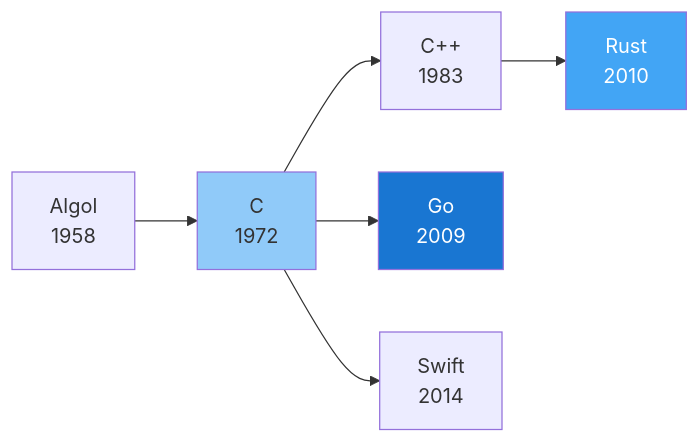
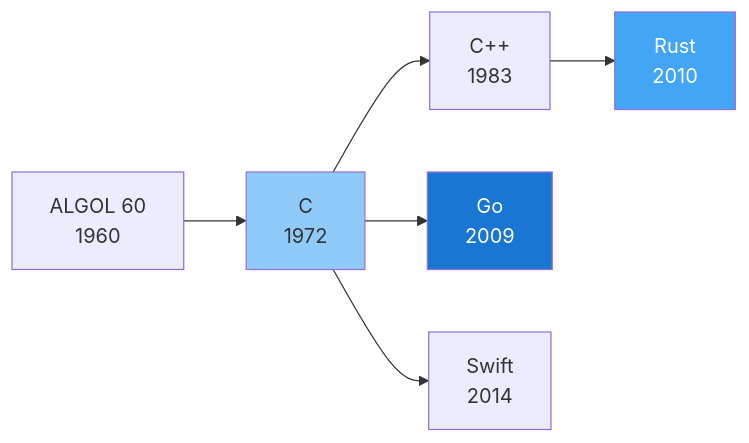
Before and after one commit to akardapolov/software-atlas: the fourth of 6 diagrams in docs/maps/languages-genealogy.md, drawn with Mermaid. The commit also changed other lines of this file and 5 other files, not shown here.

Commit message:
fix: update OOP history timeline data

````diff
--- a/docs/maps/languages-genealogy.md
+++ b/docs/maps/languages-genealogy.md
@@ -150,12 +151,12 @@
 ```mermaid
 flowchart LR
-    Algol["Algol<br/>1958"] --> C["C<br/>1972"]
+    Algol["ALGOL 60<br/>1960"] --> C["C<br/>1972"]
     C --> Cpp["C++<br/>1983"]
     Cpp --> Rust["Rust<br/>2010"]
     C --> Go["Go<br/>2009"]
     C --> Swift["Swift<br/>2014"]
 
     style C fill:#90caf9
     style Rust fill:#42a5f5,color:#fff
     style Go fill:#1976d2,color:#fff
 ```
````
